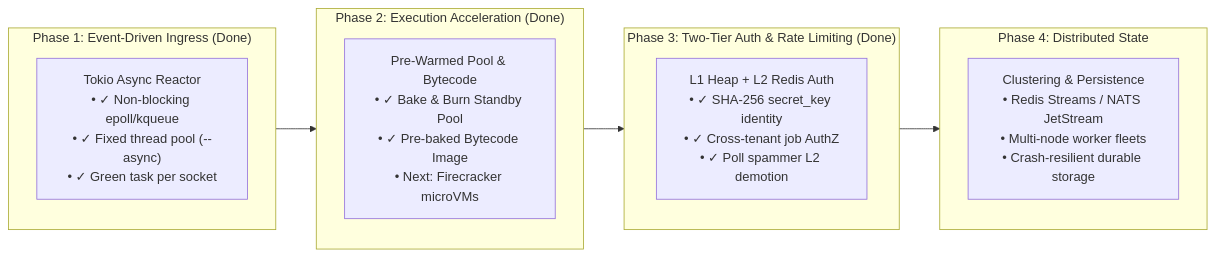
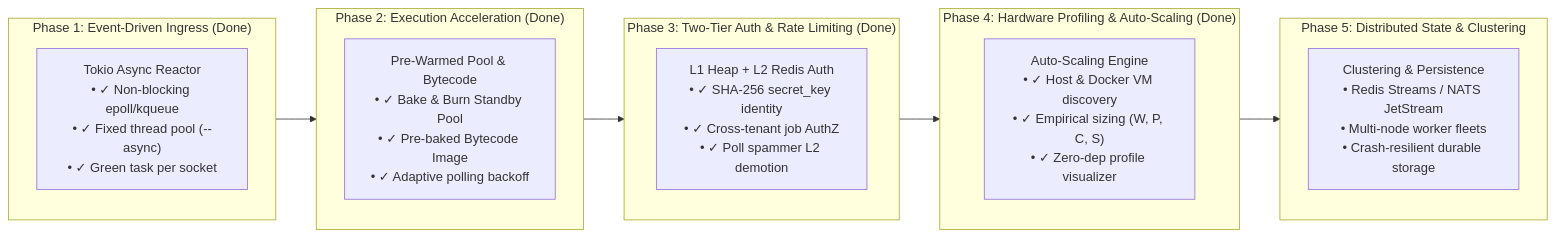
The fifth of 5 diagrams in architecture.md (Chinmay-Mahajan/Distributed_Job_system_non_blocking), drawn with Mermaid before and after one commit. The commit also changed other lines of this file and 1 other file, not shown here.

````diff
--- a/architecture.md
+++ b/architecture.md
@@ -465,20 +563,24 @@
 ```mermaid
 flowchart LR
     subgraph Phase1["Phase 1: Event-Driven Ingress (Done)"]
         P1["Tokio Async Reactor<br/>• ✓ Non-blocking epoll/kqueue<br/>• ✓ Fixed thread pool (--async)<br/>• ✓ Green task per socket"]
     end
 
     subgraph Phase2["Phase 2: Execution Acceleration (Done)"]
-        P2["Pre-Warmed Pool &amp; Bytecode<br/>• ✓ Bake &amp; Burn Standby Pool<br/>• ✓ Pre-baked Bytecode Image<br/>• Next: Firecracker microVMs"]
+        P2["Pre-Warmed Pool &amp; Bytecode<br/>• ✓ Bake &amp; Burn Standby Pool<br/>• ✓ Pre-baked Bytecode Image<br/>• ✓ Adaptive polling backoff"]
     end
 
     subgraph Phase3["Phase 3: Two-Tier Auth &amp; Rate Limiting (Done)"]
         P3["L1 Heap + L2 Redis Auth<br/>• ✓ SHA-256 secret_key identity<br/>• ✓ Cross-tenant job AuthZ<br/>• ✓ Poll spammer L2 demotion"]
     end
 
-    subgraph Phase4["Phase 4: Distributed State"]
-        P4["Clustering &amp; Persistence<br/>• Redis Streams / NATS JetStream<br/>• Multi-node worker fleets<br/>• Crash-resilient durable storage"]
+    subgraph Phase4["Phase 4: Hardware Profiling &amp; Auto-Scaling (Done)"]
+        P4["Auto-Scaling Engine<br/>• ✓ Host &amp; Docker VM discovery<br/>• ✓ Empirical sizing (W, P, C, S)<br/>• ✓ Zero-dep profile visualizer"]
     end
 
-    Phase1 --> Phase2 --> Phase3 --> Phase4
+    subgraph Phase5["Phase 5: Distributed State &amp; Clustering"]
+        P5["Clustering &amp; Persistence<br/>• Redis Streams / NATS JetStream<br/>• Multi-node worker fleets<br/>• Crash-resilient durable storage"]
+    end
+
+    Phase1 --> Phase2 --> Phase3 --> Phase4 --> Phase5
 ```
````
